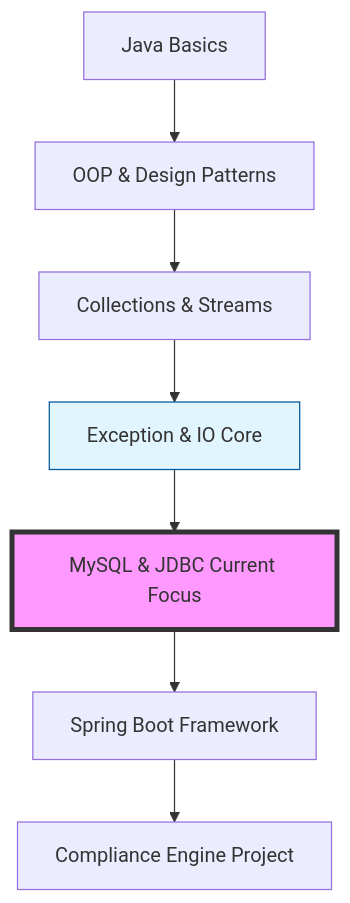
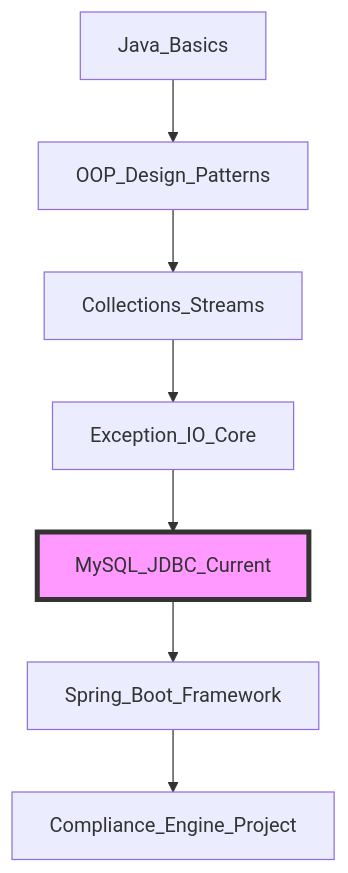
The diagram in README.md (Wenjian-Liu/Compliance-Tech-Logic), drawn with Mermaid before and after one commit.

````diff
--- a/README.md
+++ b/README.md
@@ -278,13 +278,11 @@
 ```mermaid
 graph TD
-    A[Java Basics] --> B[OOP & Design Patterns]
-    B --> C[Collections & Streams]
-    C --> D[Exception & IO Core]
-    D --> E[MySQL & JDBC Current Focus]
-    E --> F[Spring Boot Framework]
-    F --> G[Compliance Engine Project]
-    
+    A[Java_Basics] --> B[OOP_Design_Patterns]
+    B --> C[Collections_Streams]
+    C --> D[Exception_IO_Core]
+    D --> E[MySQL_JDBC_Current]
+    E --> F[Spring_Boot_Framework]
+    F --> G[Compliance_Engine_Project]
+
     style E fill:#f9f,stroke:#333,stroke-width:4px
-    style D fill:#e1f5fe,stroke:#01579b
-
 ```
````
